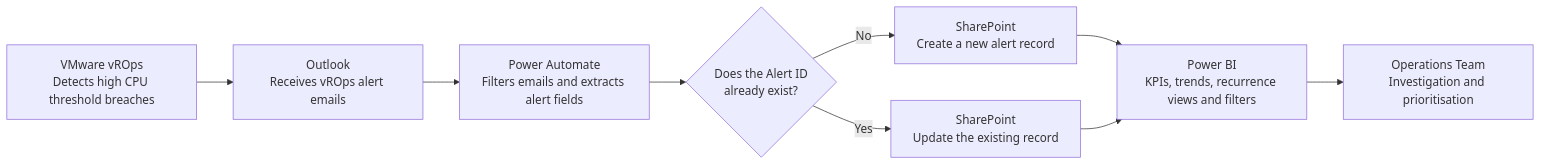
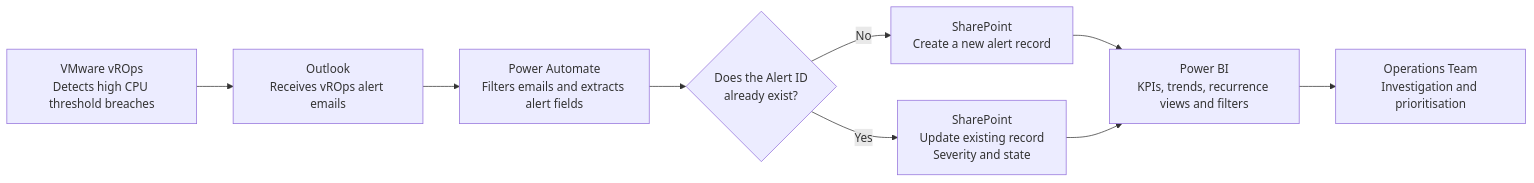
The diagram in projects/sddc-cpu-alert-intelligence/README.md (rohanmaini1984/rohanarchitect), drawn with Mermaid before and after one commit.

Commit message:
Update flowchart in README for clarity

````diff
--- a/projects/sddc-cpu-alert-intelligence/README.md
+++ b/projects/sddc-cpu-alert-intelligence/README.md
@@ -24,18 +24,22 @@
 ```mermaid
+
 flowchart LR
     A["VMware vROps<br/>Detects high CPU threshold breaches"]
     B["Outlook<br/>Receives vROps alert emails"]
     C["Power Automate<br/>Filters emails and extracts alert fields"]
     D{"Does the Alert ID<br/>already exist?"}
     E["SharePoint<br/>Create a new alert record"]
-    F["SharePoint<br/>Update the existing record"]
+    F["SharePoint<br/>Update existing record<br/>Severity and state"]
     G["Power BI<br/>KPIs, trends, recurrence views and filters"]
     H["Operations Team<br/>Investigation and prioritisation"]
 
-    A --> B --> C --> D
+    A --> B
+    B --> C
+    C --> D
     D -->|No| E
     D -->|Yes| F
     E --> G
     F --> G
     G --> H
+
 ```
````
